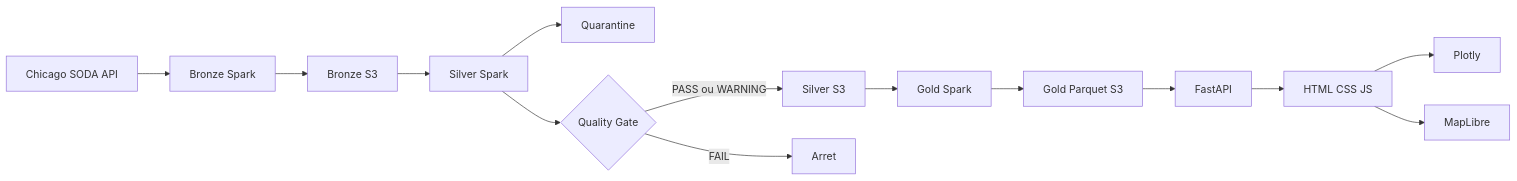
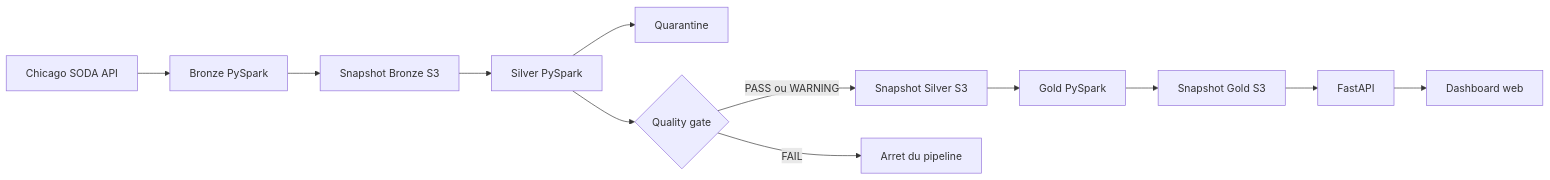
One commit to MedEleliem/chicago-taxi-data-engineering changed the diagram in README.md. Above: the diagram before and after it, drawn with Mermaid. The commit also changed other lines of this file, not shown here.

````diff
--- a/README.md
+++ b/README.md
@@ -53,16 +40,14 @@
 ```mermaid
 flowchart LR
-    A[Chicago SODA API] --> B[Bronze Spark]
-    B --> SB[Bronze S3]
-    SB --> C[Silver Spark]
-    C --> Q[Quarantine]
-    C --> D{Quality Gate}
-    D -->|PASS ou WARNING| SS[Silver S3]
-    SS --> E[Gold Spark]
-    D -->|FAIL| S[Arret]
-    E --> F[Gold Parquet S3]
-    F --> G[FastAPI]
-    G --> H[HTML CSS JS]
-    H --> I[Plotly]
-    H --> J[MapLibre]
+    A[Chicago SODA API] --> B[Bronze PySpark]
+    B --> C[Snapshot Bronze S3]
+    C --> D[Silver PySpark]
+    D --> Q[Quarantine]
+    D --> E{Quality gate}
+    E -->|PASS ou WARNING| F[Snapshot Silver S3]
+    E -->|FAIL| X[Arret du pipeline]
+    F --> G[Gold PySpark]
+    G --> H[Snapshot Gold S3]
+    H --> I[FastAPI]
+    I --> J[Dashboard web]
 ```
````
